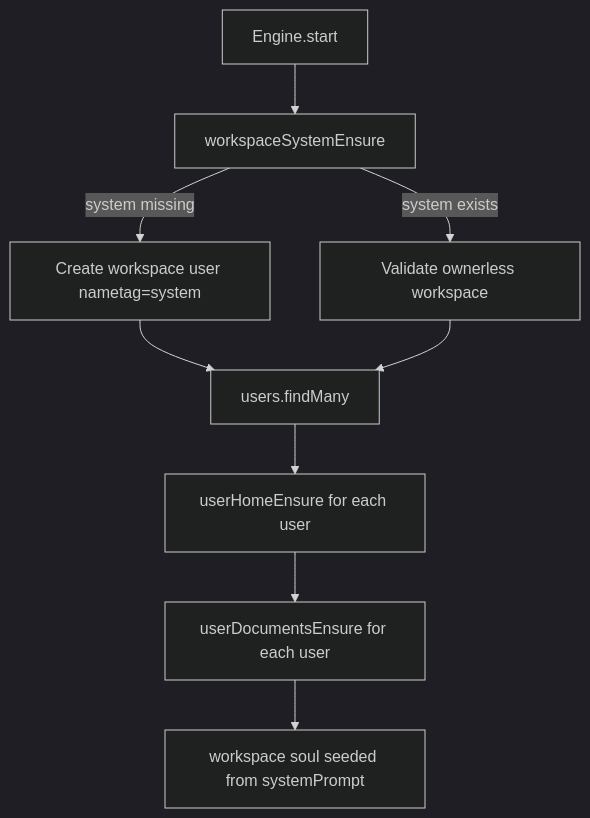
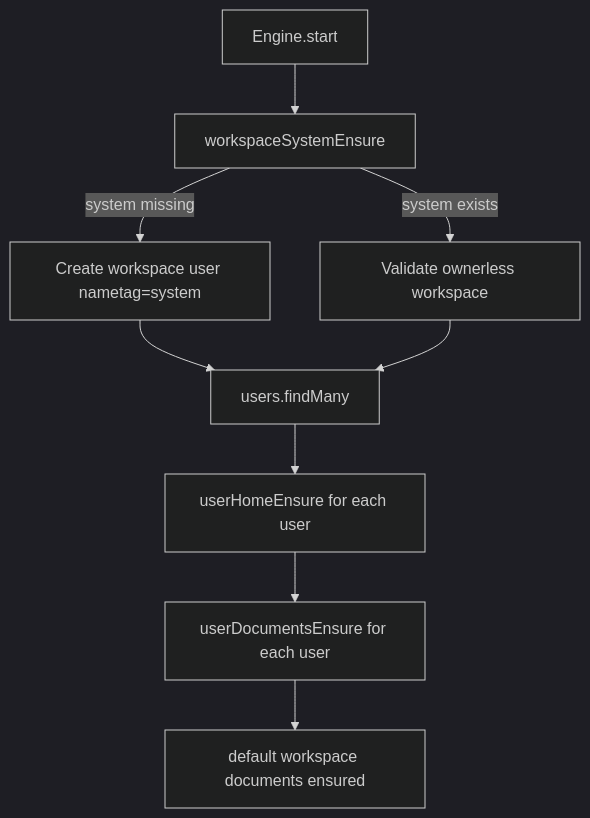
The diagram in doc/20260308-system-workspace-bootstrap.md (ex3ndr/daycare), drawn with Mermaid (dark theme) before and after one commit. The commit also changed other lines of this file and 3 other files, not shown here.

Commit message:
fix(cli): remove system workspace prompt

````diff
--- a/doc/20260308-system-workspace-bootstrap.md
+++ b/doc/20260308-system-workspace-bootstrap.md
@@ -10,11 +11,11 @@
 ```mermaid
 flowchart TD
     A[Engine.start] --> B[workspaceSystemEnsure]
     B -->|system missing| C[Create workspace user nametag=system]
     B -->|system exists| D[Validate ownerless workspace]
     C --> E[users.findMany]
     D --> E
     E --> F[userHomeEnsure for each user]
     F --> G[userDocumentsEnsure for each user]
-    G --> H[workspace soul seeded from systemPrompt]
+    G --> H[default workspace documents ensured]
 ```
````
